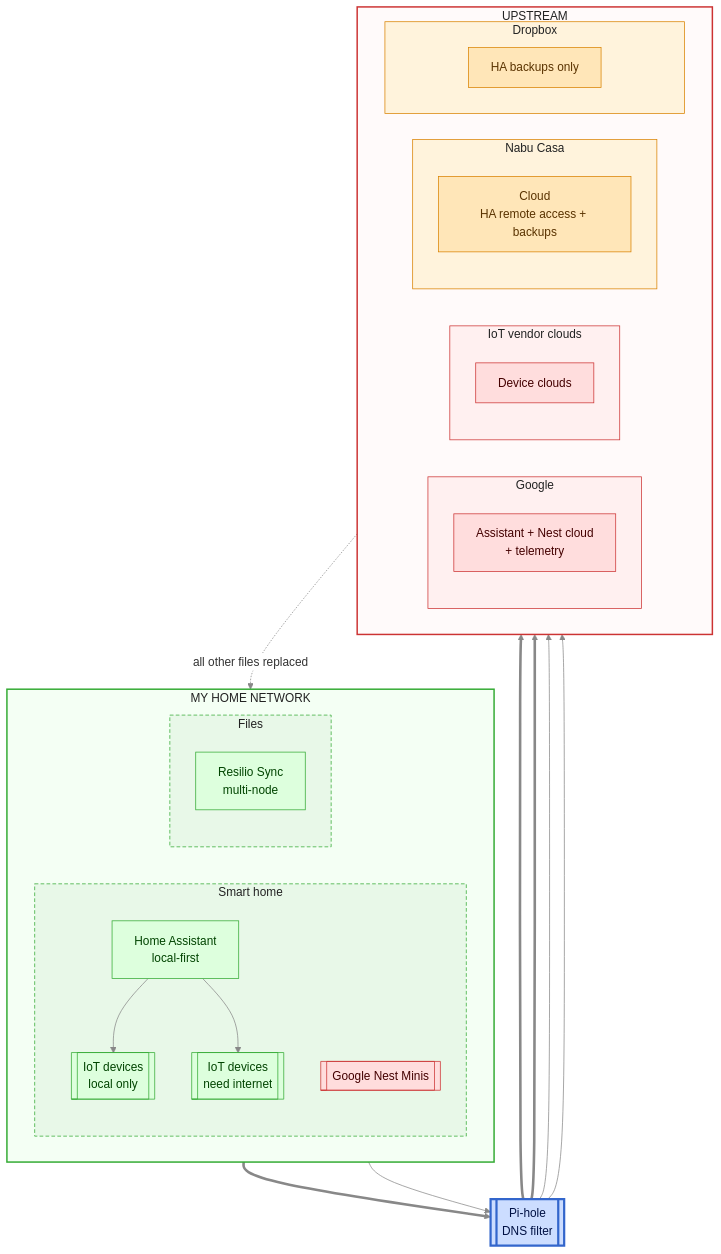
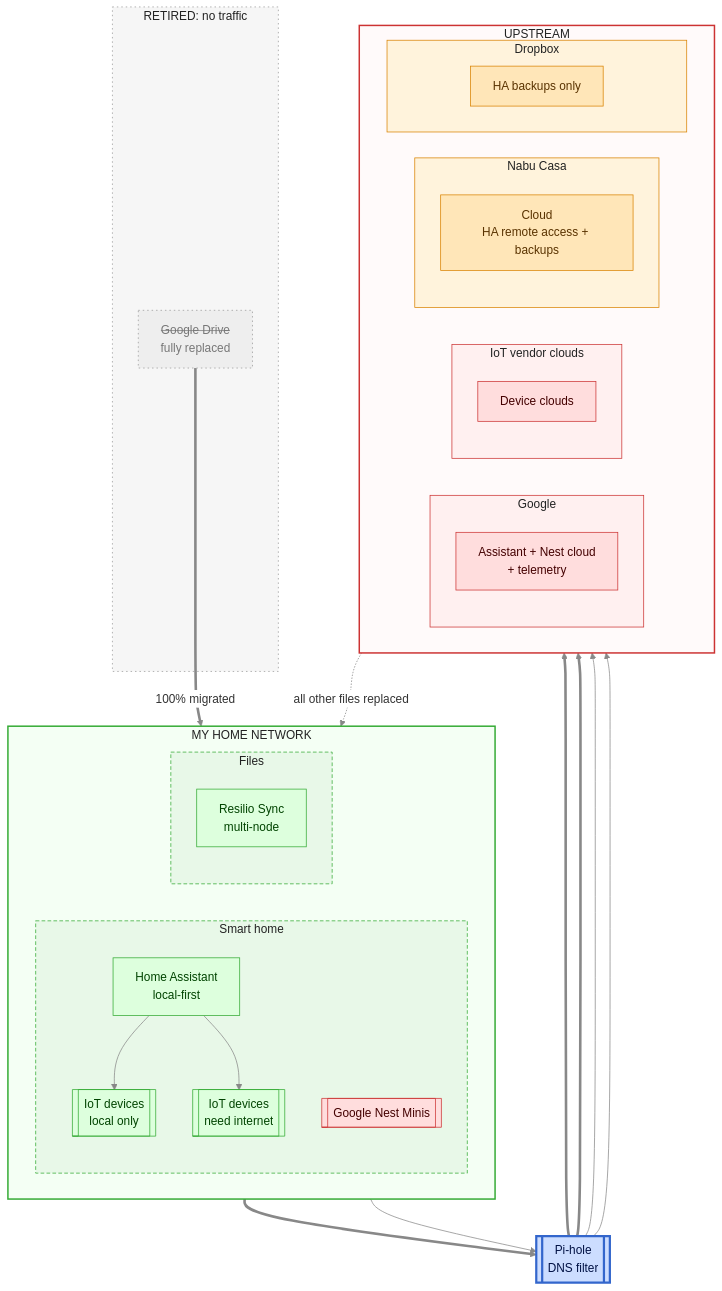
Before and after one commit to lowlydba/torch-the-tech: the third of 5 diagrams in README.md, drawn with Mermaid. The commit also changed other lines of this file, not shown here.

Commit message:
Add retired Google Drive

```diff
--- a/README.md
+++ b/README.md
@@ -195,6 +195,10 @@
             direction TB
             resilio[Resilio Sync<br/>multi-node]
         end
+    end
+
+    subgraph retired["RETIRED: no traffic"]
+        gdrive[<s>Google Drive</s><br/>fully replaced]
     end
 
     pihole[[Pi-hole<br/>DNS filter]]
@@ -227,12 +231,15 @@
     pihole --> dropbox
 
     dbx -. "all other files replaced" .-> resilio
+    gdrive == "100% migrated" ==> resilio
 
     classDef big fill:#fdd,stroke:#c33,color:#400
     classDef self fill:#dfd,stroke:#3a3,color:#040
     classDef gate fill:#cdf,stroke:#36c,stroke-width:3px,color:#014
     classDef hosted fill:#ffe6b8,stroke:#d98200,color:#5a3300
+    classDef gone fill:#eee,stroke:#999,stroke-dasharray: 2 4,color:#777
     class vcloud,nest,gcloud big
+    class gdrive gone
     class nabucloud,dbx hosted
     class ha,iot_l,iot_c,resilio self
     class pihole gate
@@ -241,6 +248,7 @@
     style h_smart fill:#e8f8e8,stroke:#3a3,stroke-dasharray: 5 3,color:#222
     style h_files fill:#e8f8e8,stroke:#3a3,stroke-dasharray: 5 3,color:#222
     style vendors fill:#fff0f0,stroke:#c33,color:#222
+    style retired fill:#f6f6f6,stroke:#999,stroke-dasharray: 2 4,color:#222
     style google fill:#fff0f0,stroke:#c33,color:#222
     style nabu fill:#fff3dc,stroke:#d98200,color:#222
     style dropbox fill:#fff3dc,stroke:#d98200,color:#222
```
